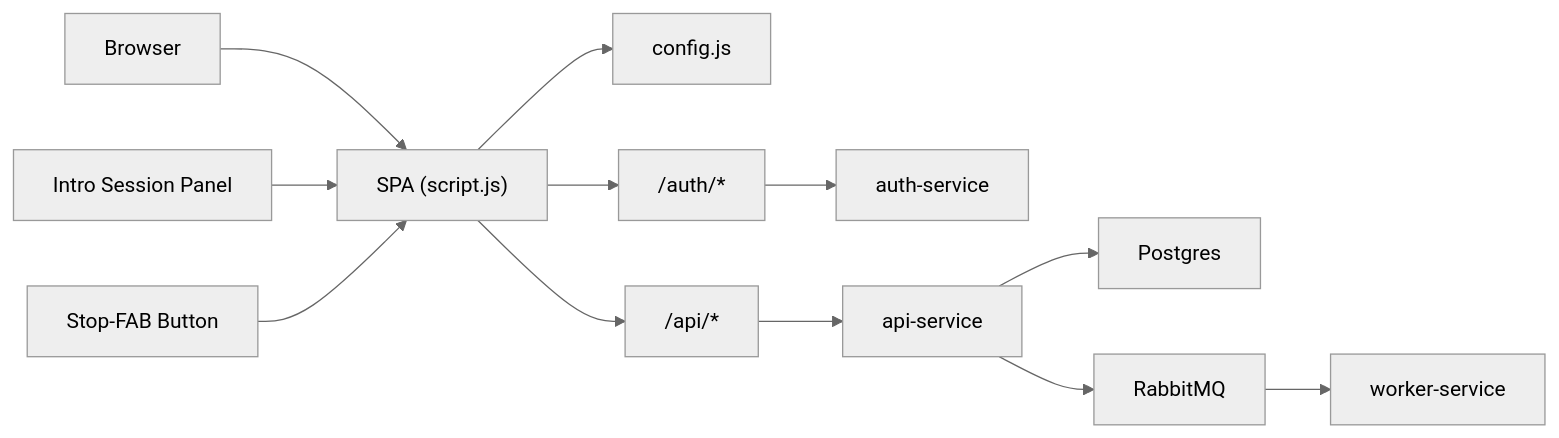
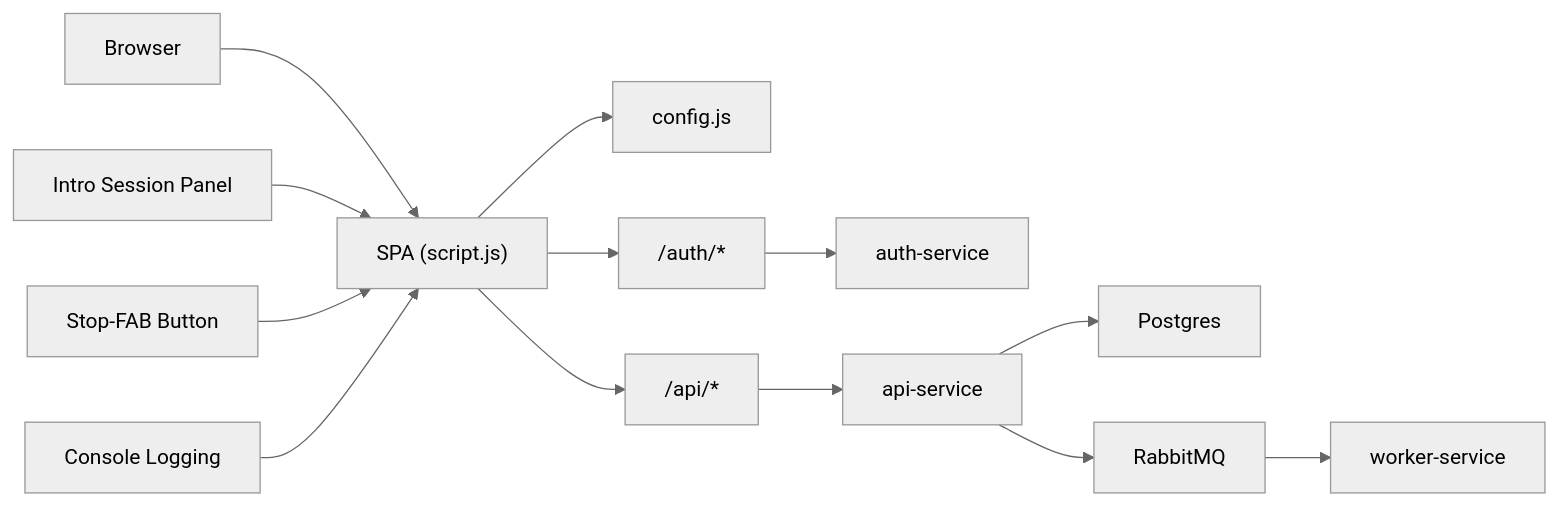
Before and after one commit to ikramhh/signvue-project: the tenth of 10 diagrams in .qoder/repowiki/en/content/Frontend Application.md, drawn with Mermaid (neutral theme). The commit also changed other lines of this file and 5 other files, not shown here.

````diff
--- a/.qoder/repowiki/en/content/Frontend Application.md
+++ b/.qoder/repowiki/en/content/Frontend Application.md
@@ -422,14 +477,15 @@
 ```mermaid
 graph LR
 Browser["Browser"] --> SPA["SPA (script.js)"]
 SPA --> Config["config.js"]
 SPA --> AuthAPI["/auth/*"]
 SPA --> ApiAPI["/api/*"]
 AuthAPI --> AuthSvc["auth-service"]
 ApiAPI --> ApiSvc["api-service"]
 ApiSvc --> DB["Postgres"]
 ApiSvc --> MQ["RabbitMQ"]
 MQ --> Worker["worker-service"]
 IntroSession["Intro Session Panel"] --> SPA
 StopFab["Stop-FAB Button"] --> SPA
+DebugLogs["Console Logging"] --> SPA
 ```
````
